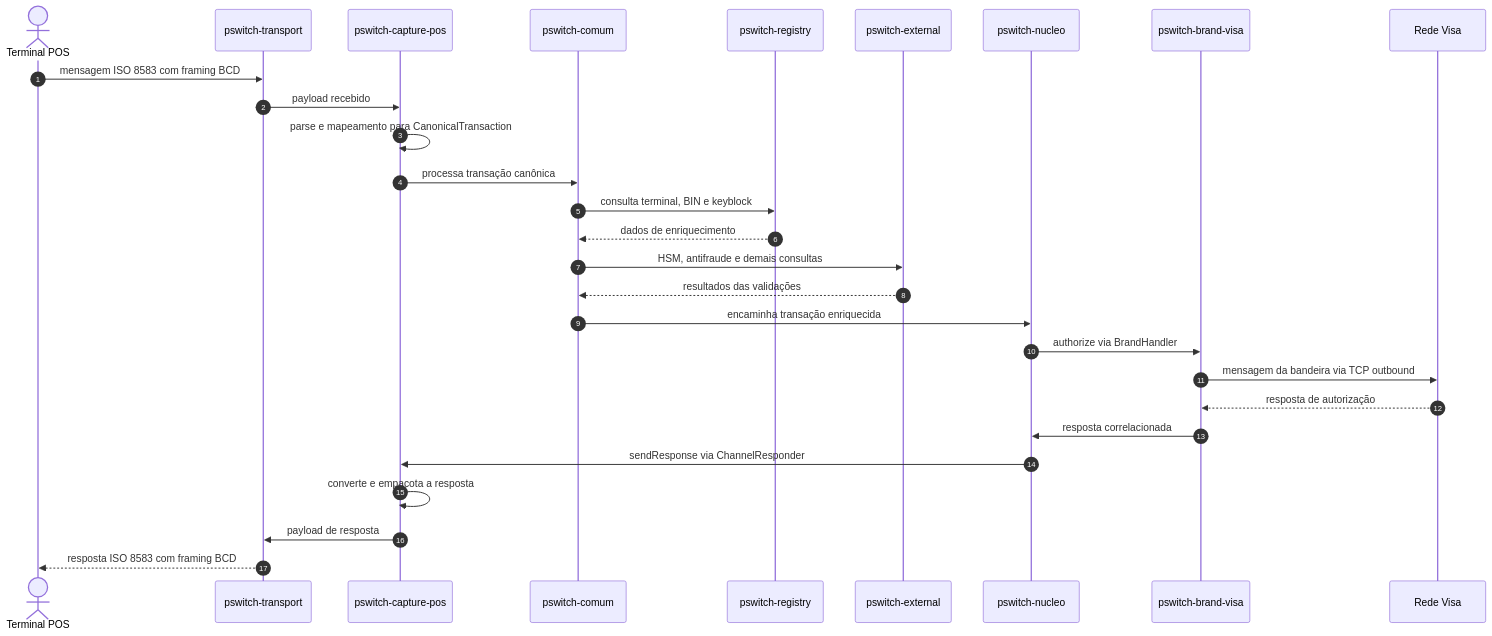
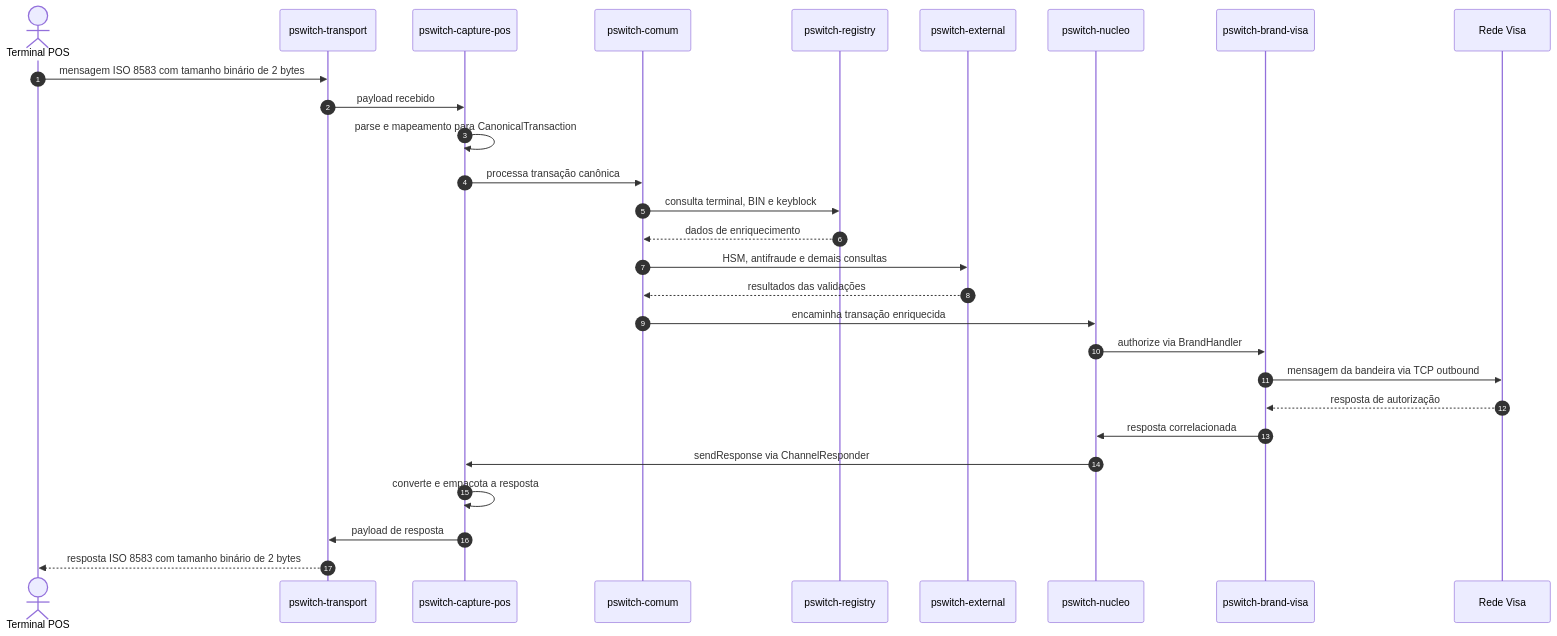
Before and after one commit to rgmartins/switch: the third of 3 diagrams in docs/arquitetura/relacionamento-modulos.md, drawn with Mermaid. The commit also changed other lines of this file and 13 other files, not shown here.

Commit message:
feat: generaliza listeners TCP com framing binario

````diff
--- a/docs/arquitetura/relacionamento-modulos.md
+++ b/docs/arquitetura/relacionamento-modulos.md
@@ -87,31 +86,31 @@
 ```mermaid
 sequenceDiagram
     autonumber
     actor Terminal as Terminal POS
     participant TCP as pswitch-transport
     participant POS as pswitch-capture-pos
     participant Comum as pswitch-comum
     participant Registry as pswitch-registry
     participant External as pswitch-external
     participant Nucleo as pswitch-nucleo
     participant Visa as pswitch-brand-visa
     participant Rede as Rede Visa
 
-    Terminal->>TCP: mensagem ISO 8583 com framing BCD
+    Terminal->>TCP: mensagem ISO 8583 com tamanho binário de 2 bytes
     TCP->>POS: payload recebido
     POS->>POS: parse e mapeamento para CanonicalTransaction
     POS->>Comum: processa transação canônica
     Comum->>Registry: consulta terminal, BIN e keyblock
     Registry-->>Comum: dados de enriquecimento
     Comum->>External: HSM, antifraude e demais consultas
     External-->>Comum: resultados das validações
     Comum->>Nucleo: encaminha transação enriquecida
     Nucleo->>Visa: authorize via BrandHandler
     Visa->>Rede: mensagem da bandeira via TCP outbound
     Rede-->>Visa: resposta de autorização
     Visa->>Nucleo: resposta correlacionada
     Nucleo->>POS: sendResponse via ChannelResponder
     POS->>POS: converte e empacota a resposta
     POS->>TCP: payload de resposta
-    TCP-->>Terminal: resposta ISO 8583 com framing BCD
+    TCP-->>Terminal: resposta ISO 8583 com tamanho binário de 2 bytes
 ```
````
